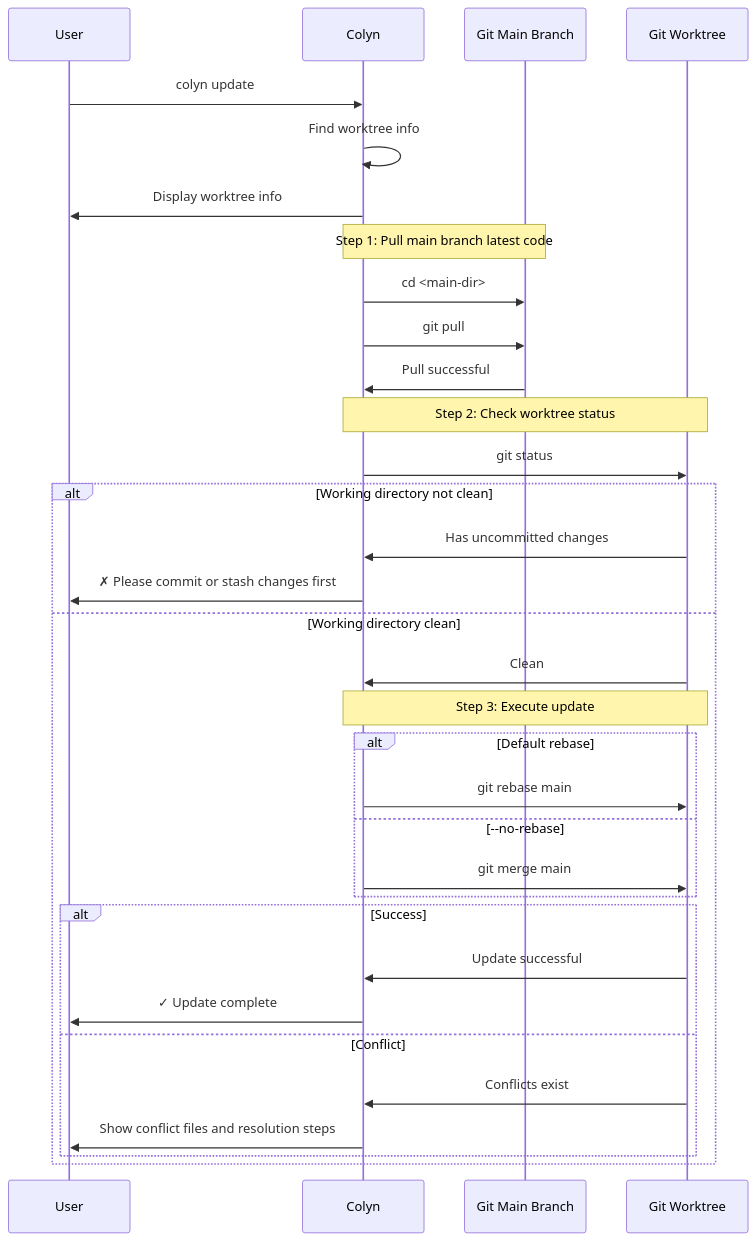
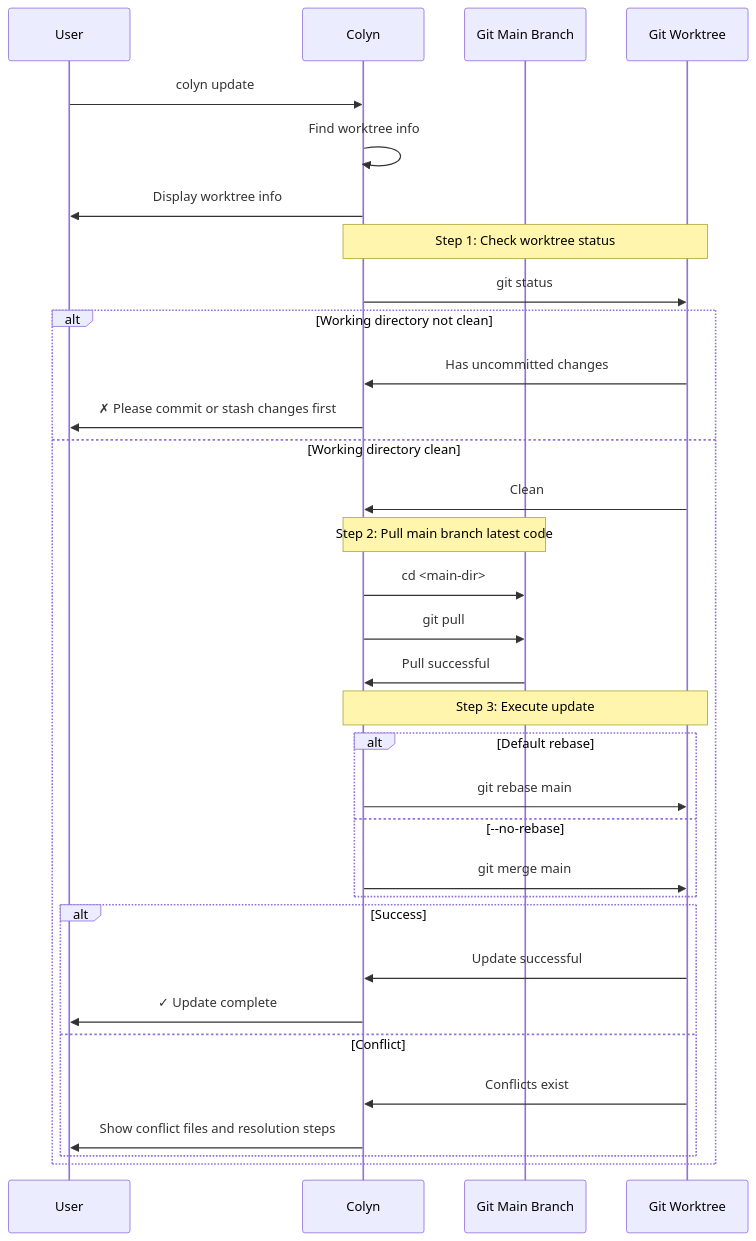
Before and after one commit to colin-han/colyn: the third of 4 diagrams in docs-en/design-update-command.md, drawn with Mermaid. The commit also changed other lines of this file and 2 other files, not shown here.

Commit message:
feat: 更新update流程

````diff
--- a/docs-en/design-update-command.md
+++ b/docs-en/design-update-command.md
@@ -243,42 +243,42 @@
 ```mermaid
 sequenceDiagram
     participant U as User
     participant C as Colyn
     participant M as Git Main Branch
     participant WT as Git Worktree
 
     U->>C: colyn update
 
     C->>C: Find worktree info
     C->>U: Display worktree info
 
-    Note over C,M: Step 1: Pull main branch latest code
-    C->>M: cd <main-dir>
-    C->>M: git pull
-    M->>C: Pull successful
-
-    Note over C,WT: Step 2: Check worktree status
+    Note over C,WT: Step 1: Check worktree status
     C->>WT: git status
 
     alt Working directory not clean
         WT->>C: Has uncommitted changes
         C->>U: ✗ Please commit or stash changes first
     else Working directory clean
         WT->>C: Clean
+
+        Note over C,M: Step 2: Pull main branch latest code
+        C->>M: cd <main-dir>
+        C->>M: git pull
+        M->>C: Pull successful
 
         Note over C,WT: Step 3: Execute update
         alt Default rebase
             C->>WT: git rebase main
         else --no-rebase
             C->>WT: git merge main
         end
 
         alt Success
             WT->>C: Update successful
             C->>U: ✓ Update complete
         else Conflict
             WT->>C: Conflicts exist
             C->>U: Show conflict files and resolution steps
         end
     end
 ```
````
